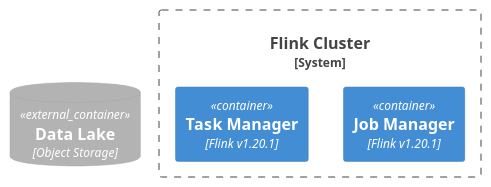
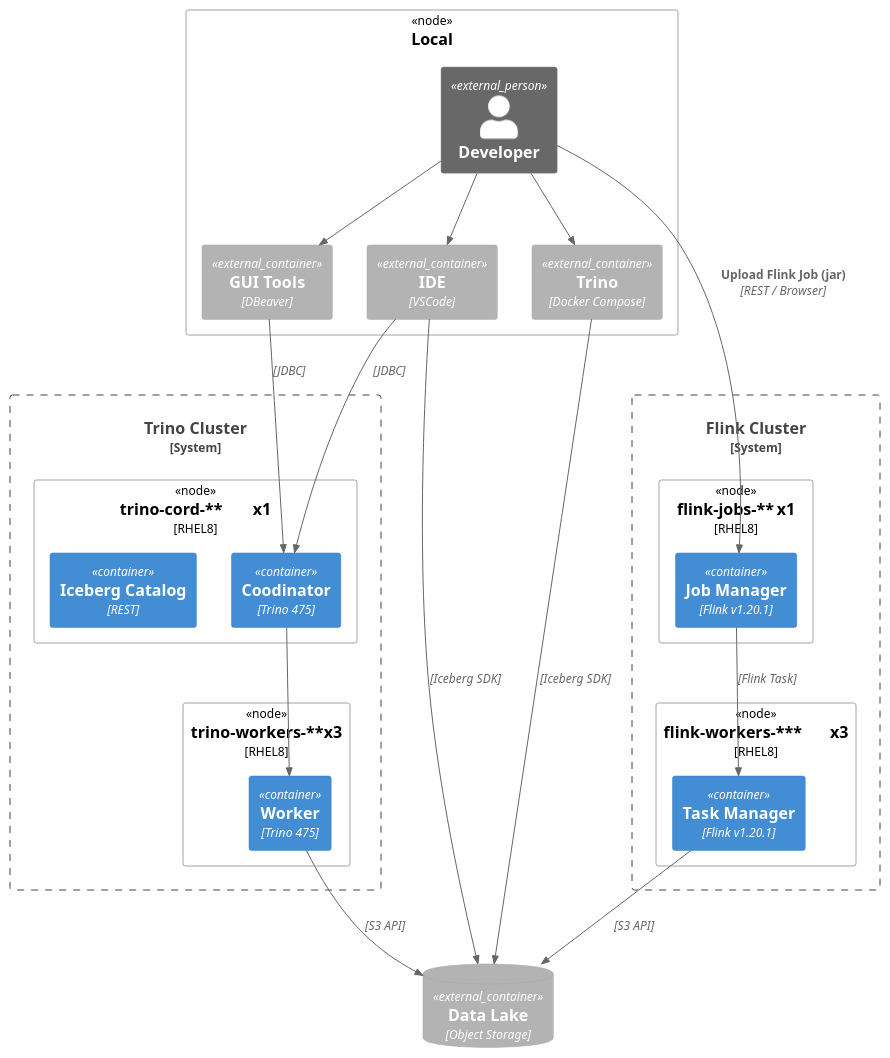
The diagram in Projects/Data Pipeline Architecture.md (yanghoon/obsidian-workspace), drawn with PlantUML before and after one commit. The commit also changed other lines of this file and 4 other files, not shown here.

````diff
--- a/Projects/Data Pipeline Architecture.md
+++ b/Projects/Data Pipeline Architecture.md
@@ -2,16 +29,56 @@
 ```plantuml
 @startuml
 
 ' !include <C4/C4_Container>
 !include <C4/C4_Deployment>
 
+Deployment_Node(vm_local, "Local") {
+	Person_Ext(developer, "Developer")
+	Container_Ext(local_trino, "Trino", "Docker Compose")
+	Container_Ext(local_ide, "IDE", "VSCode")
+	Container_Ext(local_gui, "GUI Tools", "DBeaver")
+
+	Rel(developer, local_trino, "")
+	Rel(developer, local_ide, "")
+	Rel(developer, local_gui, "")
+}
+
 System_Boundary(flink, "Flink Cluster") {
-	Container(flink_job, "Job Manager", "Flink v1.20.1")
-	Container(flink_task, "Task Manager", "Flink v1.20.1")
+	Deployment_Node(vm_flink_jobs, "flink-jobs-**\tx1", "RHEL8") {
+		Container(flink_job, "Job Manager", "Flink v1.20.1")
+	}
+	Deployment_Node(vm_flink_tasks, "flink-workers-***\tx3", "RHEL8") {
+		Container(flink_task, "Task Manager", "Flink v1.20.1")
+	}
+
+	Rel(flink_job, flink_task, "", "Flink Task")
+}
+
+System_Boundary(trino, "Trino Cluster") {
+	Deployment_Node(vm_trino_coordinator, "trino-cord-**\tx1", "RHEL8") {
+		Container(trino_coordinator, "Coodinator", "Trino 475")
+		Container(trino_iceberg_catalog_rest, "Iceberg Catalog", "REST")
+	}
+	Deployment_Node(vm_trino_workers, "trino-workers-**\tx3", "RHEL8") {
+		Container(trino_worker, "Worker", "Trino 475")
+	}
+
+	Rel(trino_coordinator, trino_worker, "")
 }
 
 ContainerDb_Ext(lake, "Data Lake", "Object Storage")
 
+'' Rel
+Rel(local_trino, lake, "", "Iceberg SDK")
+Rel(local_ide, lake, "", "Iceberg SDK")
+Rel(local_ide, trino_coordinator, "", "JDBC")
+Rel(local_gui, trino_coordinator, "", "JDBC")
+
+Rel(developer, flink_job, "Upload Flink Job (jar)", "REST / Browser")
+
+Rel(flink_task, lake, "", "S3 API")
+
+Rel(trino_worker, lake, "", "S3 API")
 
 @enduml
 ```
````
